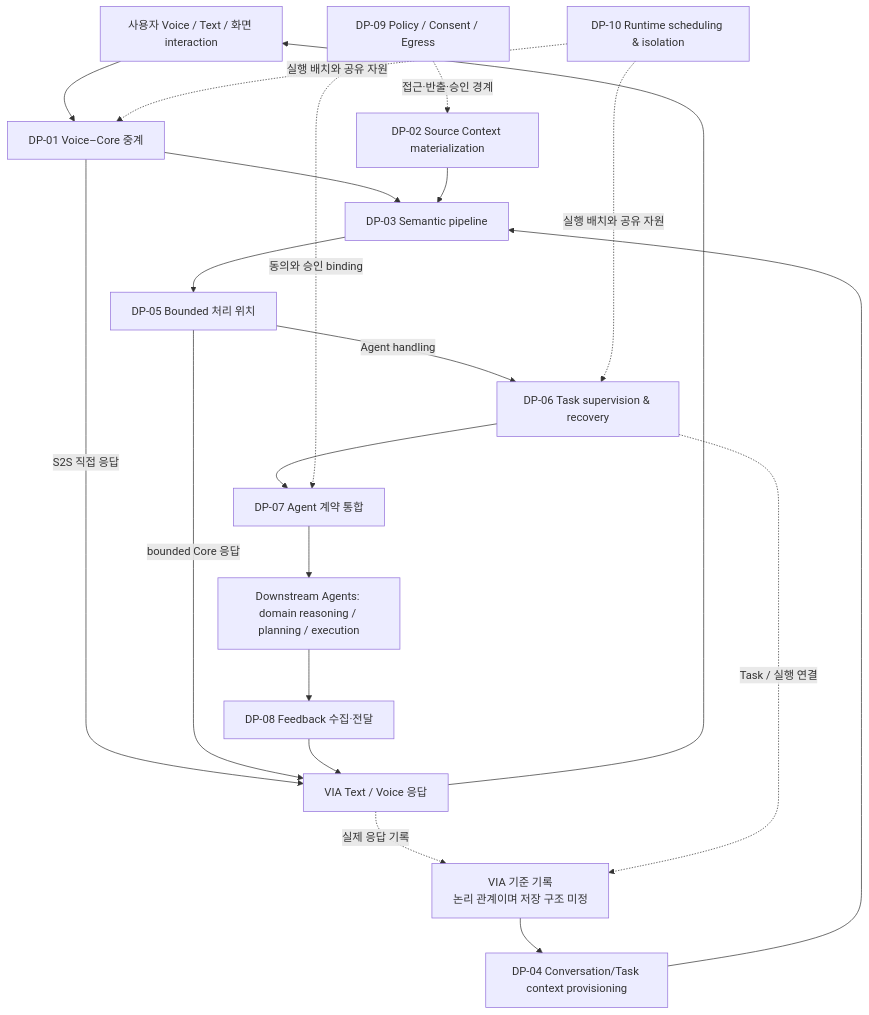
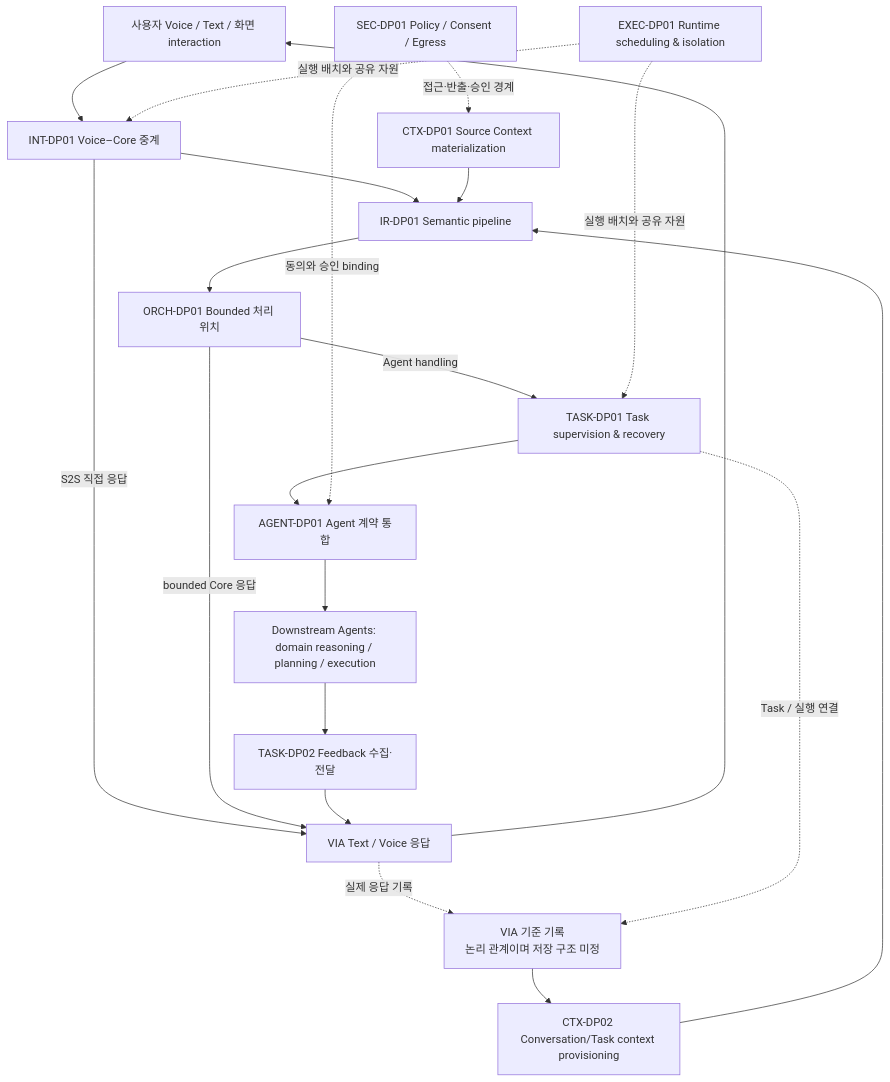
The diagram in docs/rebaseline/12-01-dp-master-catalog.md (cbyche/via-sw-architecture), drawn with Mermaid before and after one commit. The commit also changed other lines of this file and 2 other files, not shown here.

Commit message:
docs: adopt semantic DP identifiers

````diff
--- a/docs/rebaseline/12-01-dp-master-catalog.md
+++ b/docs/rebaseline/12-01-dp-master-catalog.md
@@ -34,37 +51,37 @@
 ```mermaid
 flowchart TB
     USER["사용자 Voice / Text / 화면 interaction"]
-    V["DP-01 Voice–Core 중계"]
-    S["DP-03 Semantic pipeline"]
-    C["DP-02 Source Context materialization"]
-    H["DP-04 Conversation/Task context provisioning"]
-    P["DP-05 Bounded 처리 위치"]
-    T["DP-06 Task supervision & recovery"]
-    A["DP-07 Agent 계약 통합"]
-    E["DP-08 Feedback 수집·전달"]
-    SEC["DP-09 Policy / Consent / Egress"]
-    RT["DP-10 Runtime scheduling & isolation"]
+    V["INT-DP01 Voice–Core 중계"]
+    S["IR-DP01 Semantic pipeline"]
+    C["CTX-DP01 Source Context materialization"]
+    H["CTX-DP02 Conversation/Task context provisioning"]
+    P["ORCH-DP01 Bounded 처리 위치"]
+    T["TASK-DP01 Task supervision & recovery"]
+    A["AGENT-DP01 Agent 계약 통합"]
+    E["TASK-DP02 Feedback 수집·전달"]
+    SEC["SEC-DP01 Policy / Consent / Egress"]
+    RT["EXEC-DP01 Runtime scheduling & isolation"]
     DOWN["Downstream Agents: domain reasoning / planning / execution"]
     USER --> V
     V --> S
     C --> S
     H --> S
     S --> P
     RESP["VIA Text / Voice 응답"]
     STORE["VIA 기준 기록<br/>논리 관계이며 저장 구조 미정"]
     V -->|"S2S 직접 응답"| RESP
     P -->|"bounded Core 응답"| RESP
     P -->|"Agent handling"| T
     T --> A
     A --> DOWN
     DOWN --> E
     E --> RESP
     RESP --> USER
     RESP -. "실제 응답 기록" .-> STORE
     T -. "Task / 실행 연결" .-> STORE
     STORE --> H
     SEC -. "접근·반출·승인 경계" .-> C
     SEC -. "동의와 승인 binding" .-> A
     RT -. "실행 배치와 공유 자원" .-> V
     RT -. "실행 배치와 공유 자원" .-> T
 ```
````
